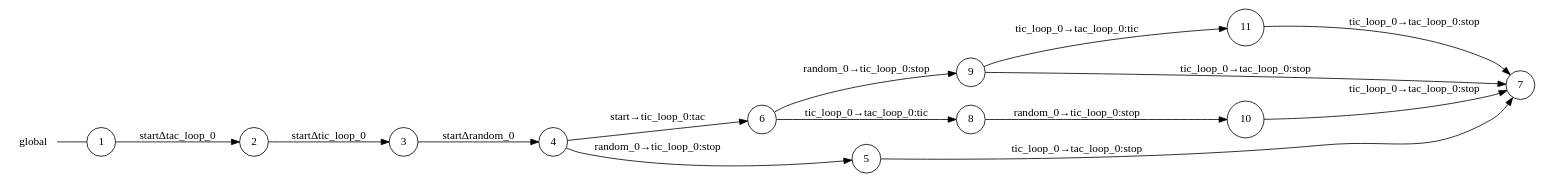
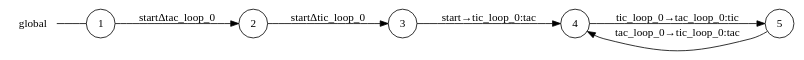
The diagram in examples/ticktack/start_global_view.dot (gabrielegenovese/chorer), drawn with Graphviz before and after one commit. The commit also changed 8 other files, not shown here.

```diff
--- a/examples/ticktack/start_global_view.dot
+++ b/examples/ticktack/start_global_view.dot
@@ -1,30 +1,16 @@
 digraph global {
 	rankdir="LR";
 	n_0 [label="global", shape="plaintext"];
-	n_1 [id="5", shape=circle, label="6"];
-	n_2 [id="12", shape=circle, label="5"];
-	n_3 [id="11", shape=circle, label="11"];
-	n_4 [id="14", shape=circle, label="4"];
-	n_5 [id="10", shape=circle, label="9"];
-	n_6 [id="1", shape=circle, label="1"];
-	n_0 -> n_6 [arrowhead=none];
-	n_7 [id="2", shape=circle, label="2"];
-	n_8 [id="8", shape=circle, label="10"];
-	n_9 [id="4", shape=circle, label="7"];
-	n_10 [id="7", shape=circle, label="8"];
-	n_11 [id="3", shape=circle, label="3"];
+	n_1 [id="5", shape=circle, label="5"];
+	n_2 [id="1", shape=circle, label="1"];
+	n_0 -> n_2 [arrowhead=none];
+	n_3 [id="2", shape=circle, label="2"];
+	n_4 [id="4", shape=circle, label="4"];
+	n_5 [id="3", shape=circle, label="3"];
 
-	n_2 -> n_9 [id="[$e|16]", label="tic_loop_0→tac_loop_0:stop"];
-	n_1 -> n_10 [id="[$e|8]", label="tic_loop_0→tac_loop_0:tic"];
-	n_7 -> n_11 [id="[$e|6]", label="startΔtic_loop_0"];
-	n_5 -> n_3 [id="[$e|7]", label="tic_loop_0→tac_loop_0:tic"];
-	n_6 -> n_7 [id="[$e|2]", label="startΔtac_loop_0"];
-	n_11 -> n_4 [id="[$e|3]", label="startΔrandom_0"];
-	n_4 -> n_2 [id="[$e|12]", label="random_0→tic_loop_0:stop"];
-	n_5 -> n_9 [id="[$e|14]", label="tic_loop_0→tac_loop_0:stop"];
-	n_10 -> n_8 [id="[$e|10]", label="random_0→tic_loop_0:stop"];
-	n_1 -> n_5 [id="[$e|4]", label="random_0→tic_loop_0:stop"];
-	n_3 -> n_9 [id="[$e|5]", label="tic_loop_0→tac_loop_0:stop"];
-	n_4 -> n_1 [id="[$e|11]", label="start→tic_loop_0:tac"];
-	n_8 -> n_9 [id="[$e|15]", label="tic_loop_0→tac_loop_0:stop"];
+	n_4 -> n_1 [id="[$e|3]", label="tic_loop_0→tac_loop_0:tic"];
+	n_2 -> n_3 [id="[$e|0]", label="startΔtac_loop_0"];
+	n_3 -> n_5 [id="[$e|1]", label="startΔtic_loop_0"];
+	n_5 -> n_4 [id="[$e|2]", label="start→tic_loop_0:tac"];
+	n_1 -> n_4 [id="[$e|4]", label="tac_loop_0→tic_loop_0:tac"];
 }
```
